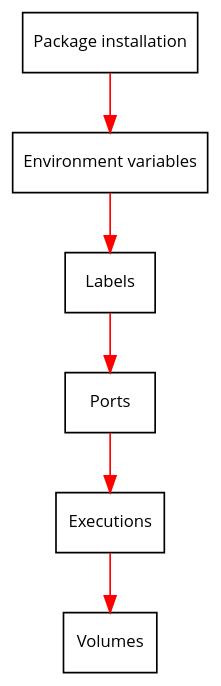
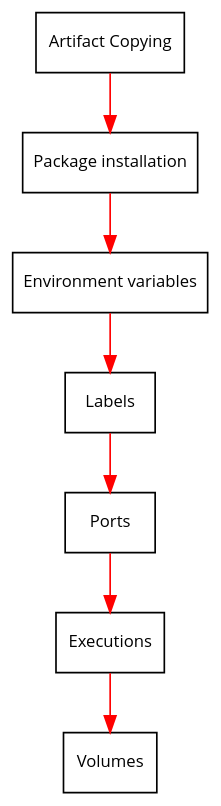
The first of 2 diagrams in docs/handbook/modules/merging.rst (cekit/cekit), drawn with Graphviz before and after one commit. The commit also changed other lines of this file, not shown here.

Commit message:
Clarify use of artifacts for modules

```diff
--- a/docs/handbook/modules/merging.rst
+++ b/docs/handbook/modules/merging.rst
@@ -66,19 +66,20 @@
 .. graphviz::
     :align: center
     :alt: Module installation
     :name: module-installation-diagram
 
      digraph module_installation {
         graph [fontsize="11", fontname="Open Sans", compound="true"];
         node [shape="box", fontname="Open Sans", fontsize="10", style="filled", fillcolor="white"];
         bgcolor="transparent";
 
+        artifacts [label="Artifact Copying", href="#artifacts"];
         packages [label="Package installation", href="#packages"];
         envs [label="Environment variables", href="#environment-variables"];
         labels [label="Labels", href="#labels"];
         ports [label="Ports", href="#ports"];
         execs [label="Executions", href="#executions"];
         volumes [label="Volumes", href="#volumes"];
 
-        packages -> envs -> labels -> ports -> execs -> volumes [color="red"];
+        artifacts -> packages -> envs -> labels -> ports -> execs -> volumes [color="red"];
      }
```
